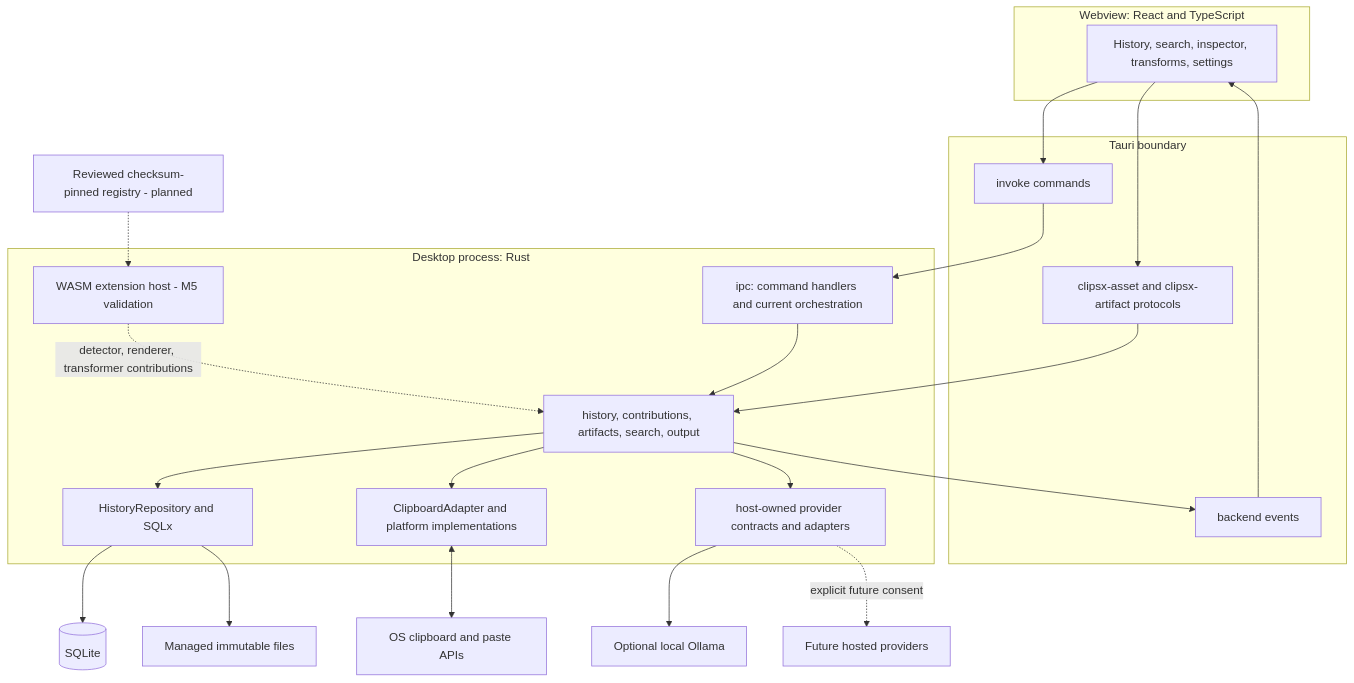
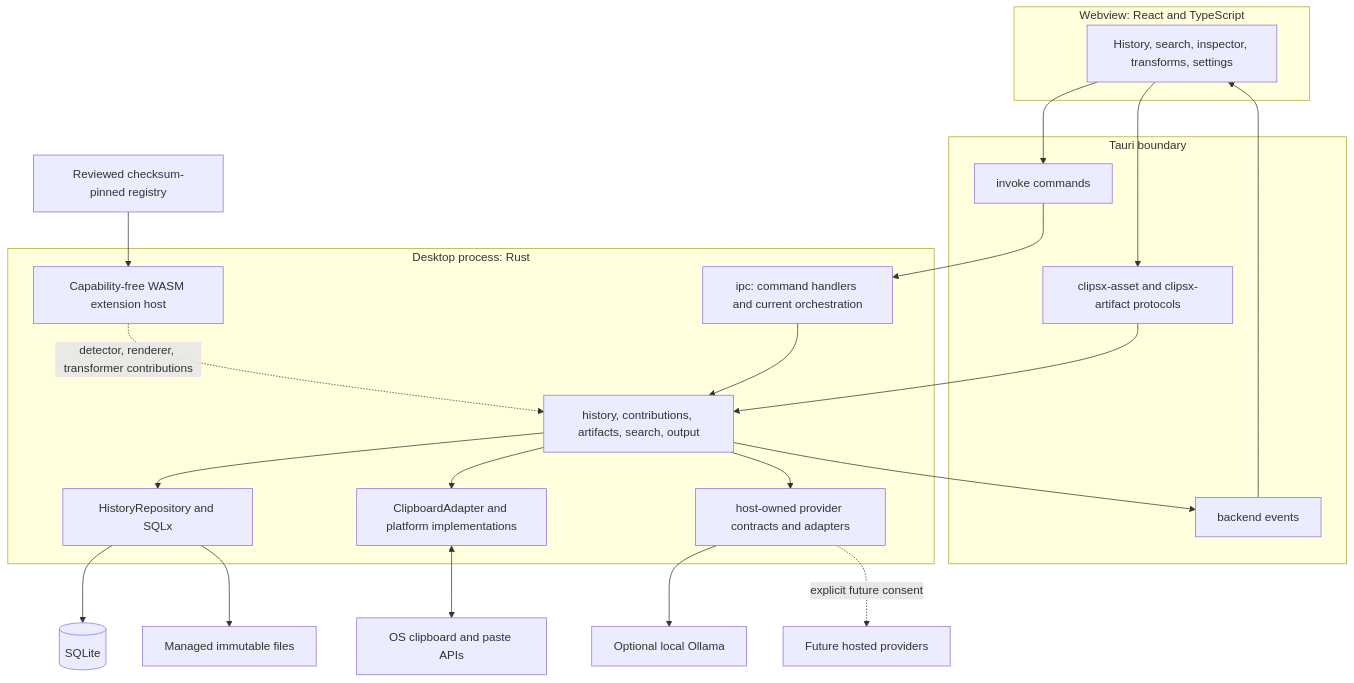
The first of 5 diagrams in docs/ARCHITECTURE.md (azure06/clipsx), drawn with Mermaid before and after one commit. The commit also changed other lines of this file and 38 other files, not shown here.

````diff
--- a/docs/ARCHITECTURE.md
+++ b/docs/ARCHITECTURE.md
@@ -62,32 +62,32 @@
 ```mermaid
 flowchart TB
   subgraph Webview["Webview: React and TypeScript"]
     UI["History, search, inspector, transforms, settings"]
   end
   subgraph Boundary["Tauri boundary"]
     Commands["invoke commands"]
     Events["backend events"]
     Protocols["clipsx-asset and clipsx-artifact protocols"]
   end
   subgraph Rust["Desktop process: Rust"]
     IPC["ipc: command handlers and current orchestration"]
     Services["history, contributions, artifacts, search, output"]
     Providers["host-owned provider contracts and adapters"]
-    ExtensionHost["WASM extension host - M5 validation"]
+    ExtensionHost["Capability-free WASM extension host"]
     Repository["HistoryRepository and SQLx"]
     Clipboard["ClipboardAdapter and platform implementations"]
   end
   UI --> Commands --> IPC --> Services
   Services --> Events --> UI
   UI --> Protocols --> Services
   Services --> Repository
   Services --> Clipboard
   Services --> Providers
   ExtensionHost -. "detector, renderer, transformer contributions" .-> Services
   Repository --> SQLite[(SQLite)]
   Repository --> Managed["Managed immutable files"]
   Clipboard <--> OS["OS clipboard and paste APIs"]
   Providers --> Ollama["Optional local Ollama"]
   Providers -. "explicit future consent" .-> Hosted["Future hosted providers"]
-  Registry["Reviewed checksum-pinned registry - planned"] -.-> ExtensionHost
+  Registry["Reviewed checksum-pinned registry"] --> ExtensionHost
 ```
````
